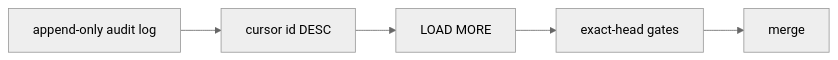
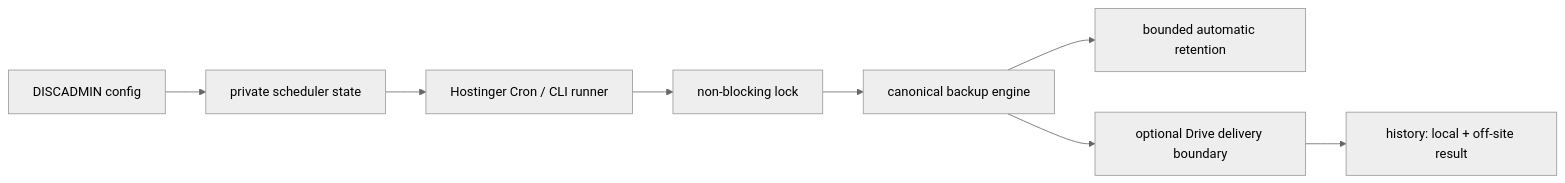
Before and after one commit to pl0n3r/brvtal: the diagram in README.md, drawn with Mermaid (neutral theme). The commit also changed other lines of this file and 13 other files, not shown here.

First line of the commit message:
feat(backups): scheduled automation and safe off-site boundary (v0.1.63)

````diff
--- a/README.md
+++ b/README.md
@@ -43,7 +45,10 @@
 ```mermaid
 flowchart LR
-  A["append-only audit log"] --> C["cursor id DESC"]
-  C --> U["LOAD MORE"]
-  U --> G["exact-head gates"]
-  G --> M["merge"]
+  C["DISCADMIN config"] --> S["private scheduler state"]
+  S --> R["Hostinger Cron / CLI runner"]
+  R --> L["non-blocking lock"]
+  L --> B["canonical backup engine"]
+  B --> T["bounded automatic retention"]
+  B --> D["optional Drive delivery boundary"]
+  D --> H["history: local + off-site result"]
 ```
````
